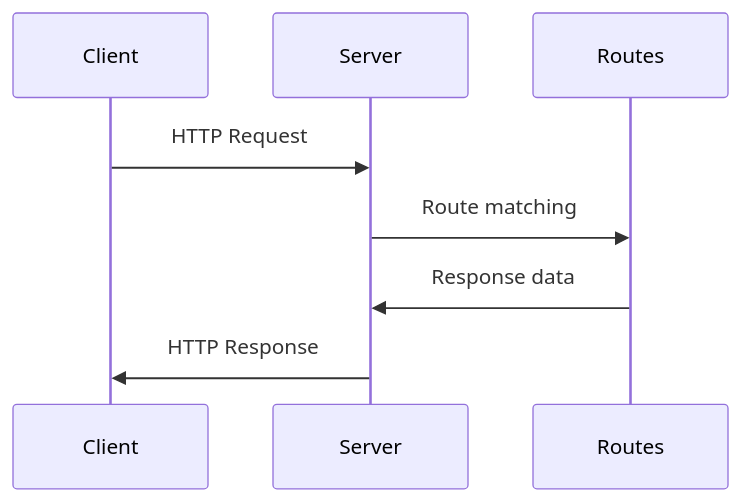
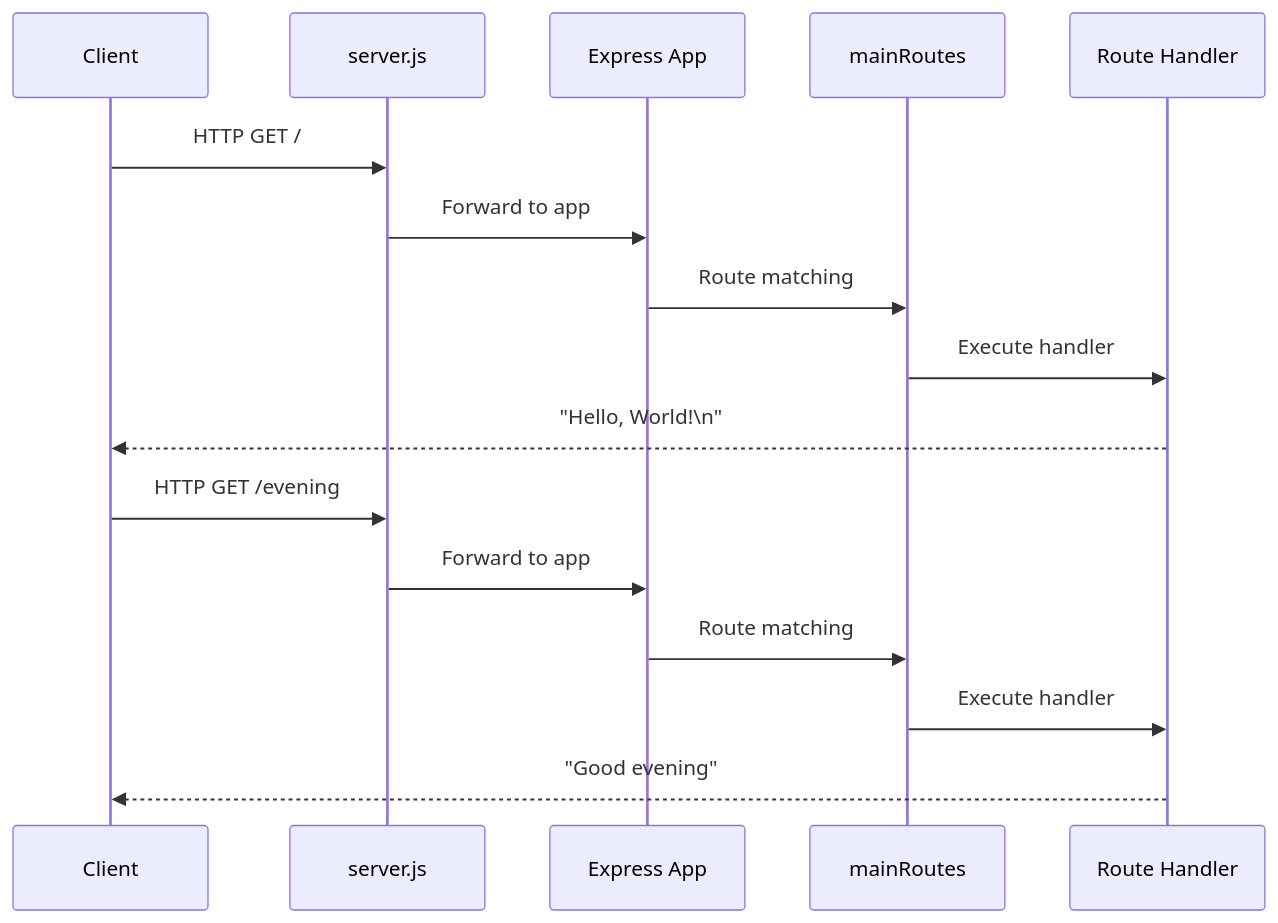
The second of 2 diagrams in blitzy/documentation/Technical Specifications.md (sudhanshu-spec/test-spec), drawn with Mermaid before and after one commit. The commit also changed other lines of this file, not shown here.

````diff
--- a/blitzy/documentation/Technical Specifications.md
+++ b/blitzy/documentation/Technical Specifications.md
@@ -419,10 +351,20 @@
 ```mermaid
 sequenceDiagram
     participant Client
-    participant Server
-    participant Routes
-    Client->>Server: HTTP Request
-    Server->>Routes: Route matching
-    Routes->>Server: Response data
-    Server->>Client: HTTP Response
+    participant Server as server.js
+    participant Express as Express App
+    participant Router as mainRoutes
+    participant Handler as Route Handler
+    
+    Client->>Server: HTTP GET /
+    Server->>Express: Forward to app
+    Express->>Router: Route matching
+    Router->>Handler: Execute handler
+    Handler-->>Client: "Hello, World!\n"
+    
+    Client->>Server: HTTP GET /evening
+    Server->>Express: Forward to app
+    Express->>Router: Route matching
+    Router->>Handler: Execute handler
+    Handler-->>Client: "Good evening"
 ```
````
